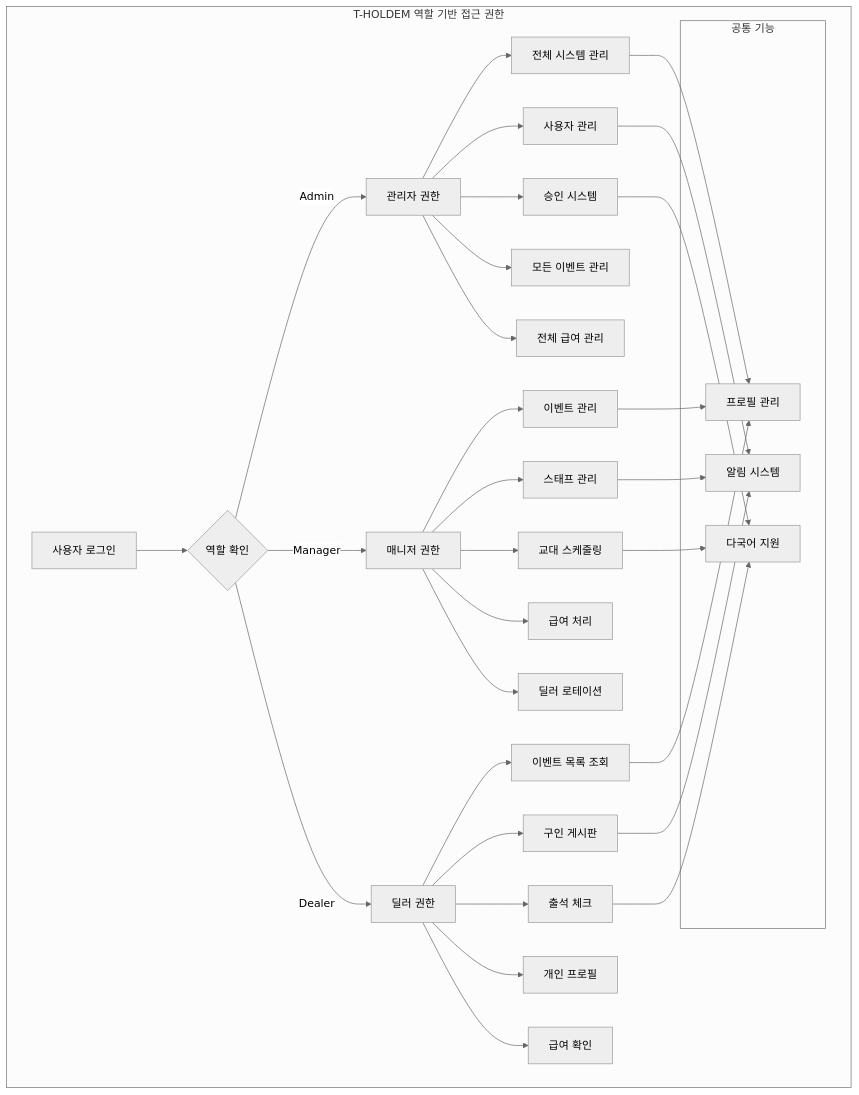
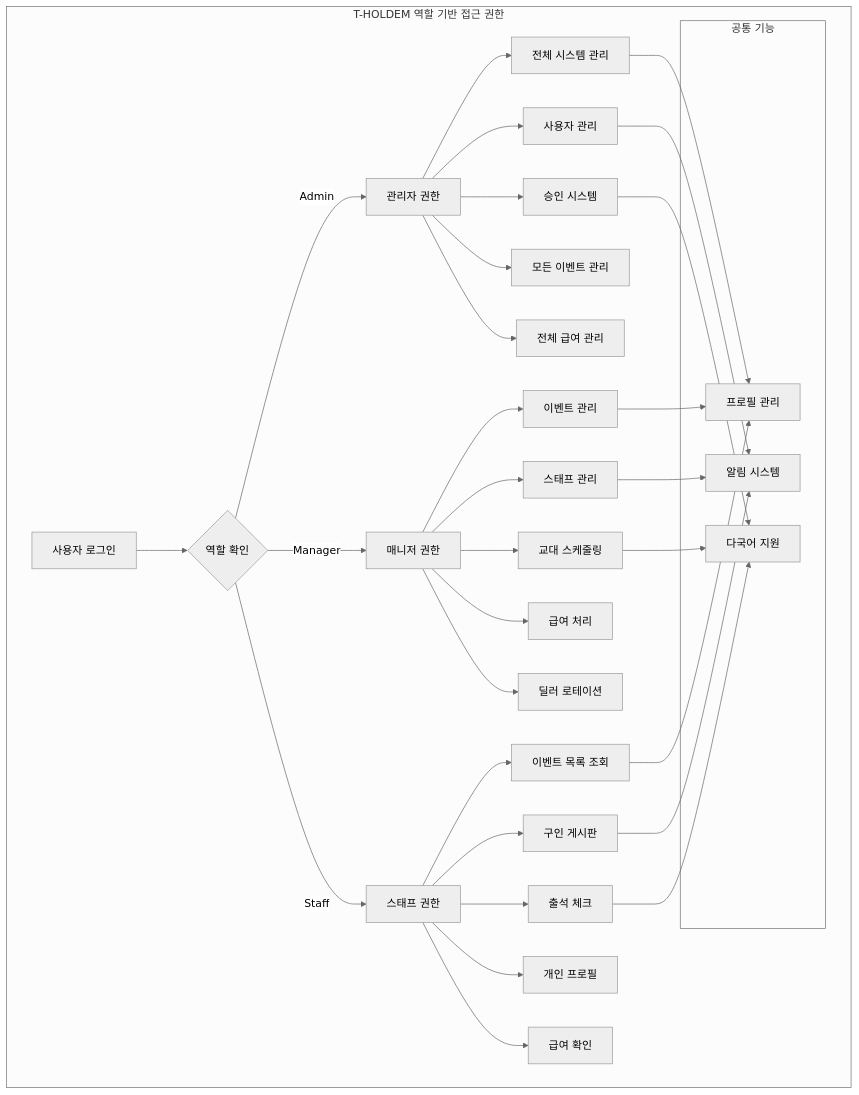
Before and after one commit to snosnosno/tholdem: the second of 3 diagrams in .cursor/rules/codebase-structure.mdc, drawn with Mermaid (neutral theme). The commit also changed other lines of this file, not shown here.

First line of the commit message:
docs: update role terminology from Dealer to Staff in codebase structure guide

````diff
--- a/.cursor/rules/codebase-structure.mdc
+++ b/.cursor/rules/codebase-structure.mdc
@@ -104,46 +106,46 @@
 ```mermaid
 graph TB
     subgraph "T-HOLDEM 역할 기반 접근 권한"
         A[사용자 로그인] --> B{역할 확인}
         
         B -->|Admin| C[관리자 권한]
         B -->|Manager| D[매니저 권한]
-        B -->|Dealer| E[딜러 권한]
+        B -->|Staff| E[스태프 권한]
         
         C --> C1[전체 시스템 관리]
         C --> C2[사용자 관리]
         C --> C3[승인 시스템]
         C --> C4[모든 이벤트 관리]
         C --> C5[전체 급여 관리]
         
         D --> D1[이벤트 관리]
         D --> D2[스태프 관리]
         D --> D3[교대 스케줄링]
         D --> D4[급여 처리]
         D --> D5[딜러 로테이션]
         
         E --> E1[이벤트 목록 조회]
         E --> E2[구인 게시판]
         E --> E3[출석 체크]
         E --> E4[개인 프로필]
         E --> E5[급여 확인]
         
         subgraph "공통 기능"
             F[프로필 관리]
             G[알림 시스템]
             H[다국어 지원]
         end
         
         C1 --> F
         D1 --> F
         E1 --> F
         
         C2 --> G
         D2 --> G
         E2 --> G
         
         C3 --> H
         D3 --> H
         E3 --> H
     end
 ```
````
